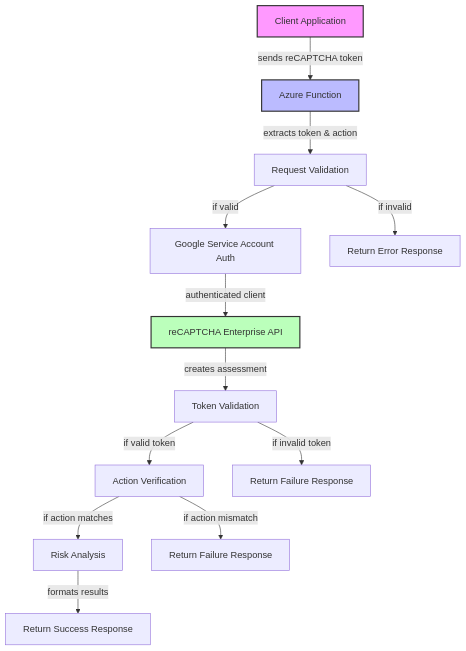
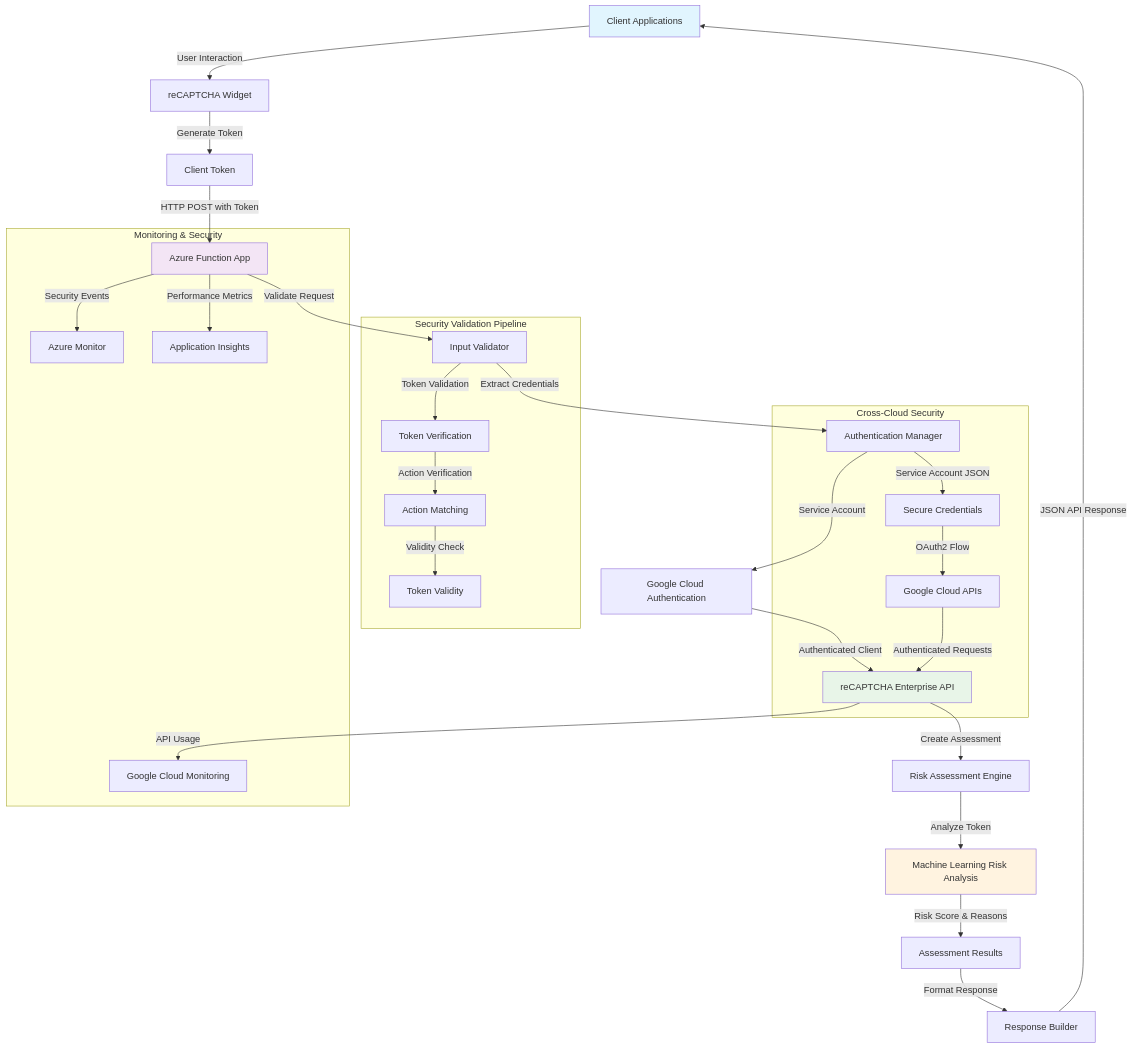
The first of 3 diagrams in ARCHITECTURE.md (yungryce/recaptcha_FA), drawn with Mermaid before and after one commit. The commit also changed other lines of this file and 5 other files, not shown here.

````diff
--- a/ARCHITECTURE.md
+++ b/ARCHITECTURE.md
@@ -3,18 +11,41 @@
 ```mermaid
 graph TD
-    A[Client Application] -->|sends reCAPTCHA token| B[Azure Function]
-    B -->|extracts token & action| C[Request Validation]
-    C -->|if valid| D[Google Service Account Auth]
-    C -->|if invalid| E[Return Error Response]
-    D -->|authenticated client| F[reCAPTCHA Enterprise API]
-    F -->|creates assessment| G[Token Validation]
-    G -->|if valid token| H[Action Verification]
-    G -->|if invalid token| I[Return Failure Response]
-    H -->|if action matches| J[Risk Analysis]
-    H -->|if action mismatch| K[Return Failure Response]
-    J -->|formats results| L[Return Success Response]
+    Client[Client Applications] -->|User Interaction| Recaptcha[reCAPTCHA Widget]
+    Recaptcha -->|Generate Token| ClientToken[Client Token]
+    ClientToken -->|HTTP POST with Token| Function[Azure Function App]
     
-    style A fill:#f9f,stroke:#333,stroke-width:2px
-    style B fill:#bbf,stroke:#333,stroke-width:2px
-    style F fill:#bfb,stroke:#333,stroke-width:2px
+    Function -->|Validate Request| Validator[Input Validator]
+    Validator -->|Extract Credentials| Auth[Authentication Manager]
+    Auth -->|Service Account| GoogleAuth[Google Cloud Authentication]
+    
+    GoogleAuth -->|Authenticated Client| Enterprise[reCAPTCHA Enterprise API]
+    Enterprise -->|Create Assessment| Assessment[Risk Assessment Engine]
+    Assessment -->|Analyze Token| RiskEngine[Machine Learning Risk Analysis]
+    
+    RiskEngine -->|Risk Score & Reasons| Results[Assessment Results]
+    Results -->|Format Response| ResponseBuilder[Response Builder]
+    ResponseBuilder -->|JSON API Response| Client
+    
+    subgraph "Security Validation Pipeline"
+        Validator -->|Token Validation| TokenCheck[Token Verification]
+        TokenCheck -->|Action Verification| ActionCheck[Action Matching]
+        ActionCheck -->|Validity Check| ValidityCheck[Token Validity]
+    end
+    
+    subgraph "Cross-Cloud Security"
+        Auth -->|Service Account JSON| Credentials[Secure Credentials]
+        Credentials -->|OAuth2 Flow| GoogleAPI[Google Cloud APIs]
+        GoogleAPI -->|Authenticated Requests| Enterprise
+    end
+    
+    subgraph "Monitoring & Security"
+        Function -->|Security Events| Logging[Azure Monitor]
+        Function -->|Performance Metrics| Metrics[Application Insights]
+        Enterprise -->|API Usage| GoogleMetrics[Google Cloud Monitoring]
+    end
+    
+    style Client fill:#e1f5fe
+    style Function fill:#f3e5f5
+    style Enterprise fill:#e8f5e8
+    style RiskEngine fill:#fff3e0
 ```
````
